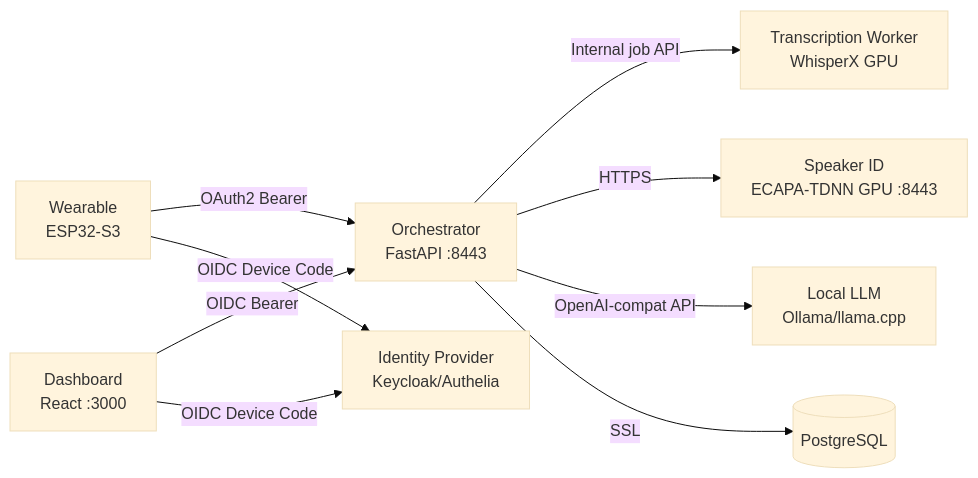
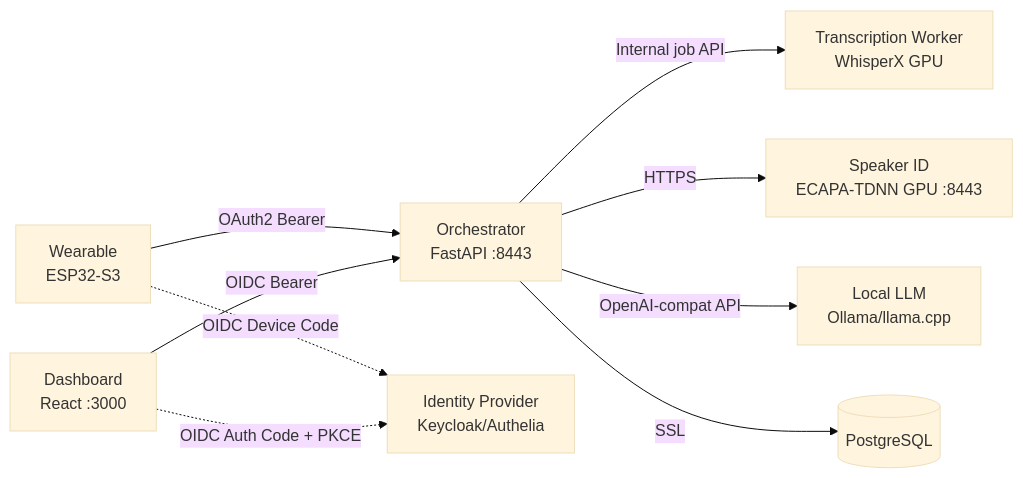
One commit to dlgreenwald/lifelog changed the diagram in README.md. Above: the diagram before and after it, drawn with Mermaid (base theme). The commit also changed other lines of this file, not shown here.

First line of the commit message:
docs: document encryption gap, fix architecture diagram, expand roadmap

````diff
--- a/README.md
+++ b/README.md
@@ -59,11 +60,11 @@
 ```mermaid
 graph LR
     ESP32[Wearable<br/>ESP32-S3] -->|OAuth2 Bearer| ORCH[Orchestrator<br/>FastAPI :8443]
+    ESP32 -.->|OIDC Device Code| IDP[Identity Provider<br/>Keycloak/Authelia]
     ORCH -->|Internal job API| TRANS[Transcription Worker<br/>WhisperX GPU]
     ORCH -->|HTTPS| SPK[Speaker ID<br/>ECAPA-TDNN GPU :8443]
     ORCH -->|OpenAI-compat API| LLM[Local LLM<br/>Ollama/llama.cpp]
     ORCH -->|SSL| PG[(PostgreSQL)]
     DASH[Dashboard<br/>React :3000] -->|OIDC Bearer| ORCH
-    DASH -->|OIDC Device Code| IDP[Identity Provider<br/>Keycloak/Authelia]
-    ESP32 -->|OIDC Device Code| IDP
+    DASH -.->|OIDC Auth Code + PKCE| IDP
 ```
````
